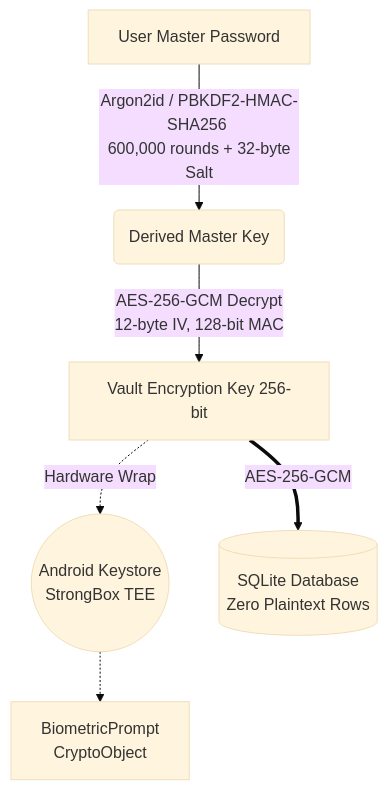
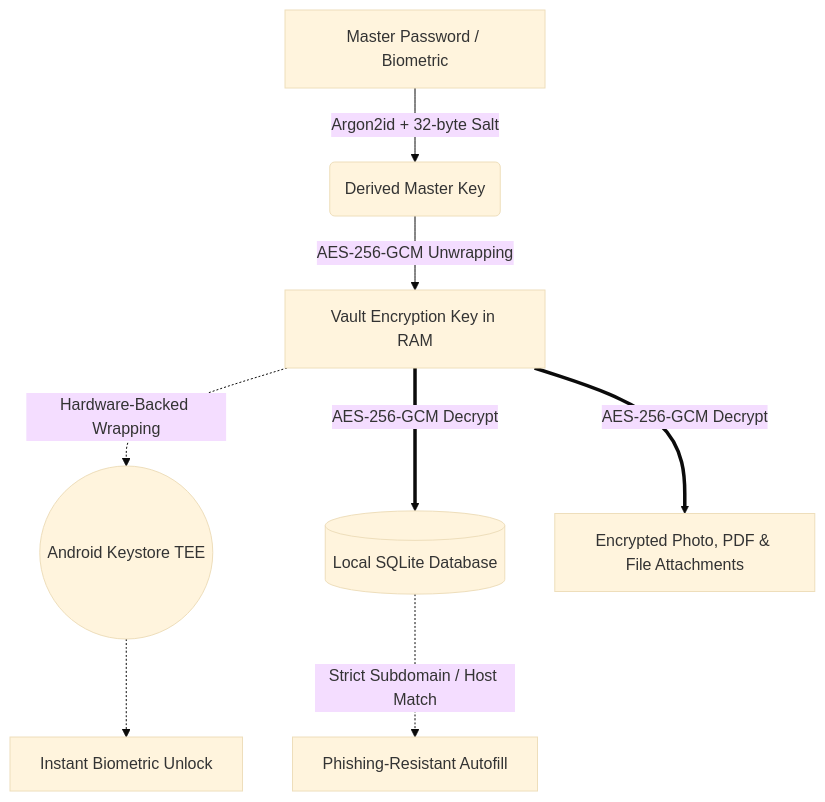
Before and after one commit to CodeSorcerer-007/Kryptx: the diagram in README.md, drawn with Mermaid (base theme). The commit also changed other lines of this file and 34 other files, not shown here.

````diff
--- a/README.md
+++ b/README.md
@@ -48,8 +61,10 @@
 ```mermaid
 graph TD;
-    A[User Master Password] -->|Argon2id / PBKDF2-HMAC-SHA256 <br/> 600,000 rounds + 32-byte Salt| B(Derived Master Key);
-    B -->|AES-256-GCM Decrypt <br/> 12-byte IV, 128-bit MAC| C[Vault Encryption Key 256-bit];
-    C -.->|Hardware Wrap| D((Android Keystore <br/> StrongBox TEE));
-    D -.-> E[BiometricPrompt <br/> CryptoObject];
-    C ==>|AES-256-GCM| F[(SQLite Database <br/> Zero Plaintext Rows)];
+    A[Master Password / Biometric] -->|Argon2id + 32-byte Salt| B(Derived Master Key);
+    B -->|AES-256-GCM Unwrapping| C[Vault Encryption Key in RAM];
+    C -.->|Hardware-Backed Wrapping| D((Android Keystore TEE));
+    D -.-> E[Instant Biometric Unlock];
+    C ==>|AES-256-GCM Decrypt| F[(Local SQLite Database)];
+    C ==>|AES-256-GCM Decrypt| G[Encrypted Photo, PDF & File Attachments];
+    F -.->|Strict Subdomain / Host Match| H[Phishing-Resistant Autofill];
 ```
````
